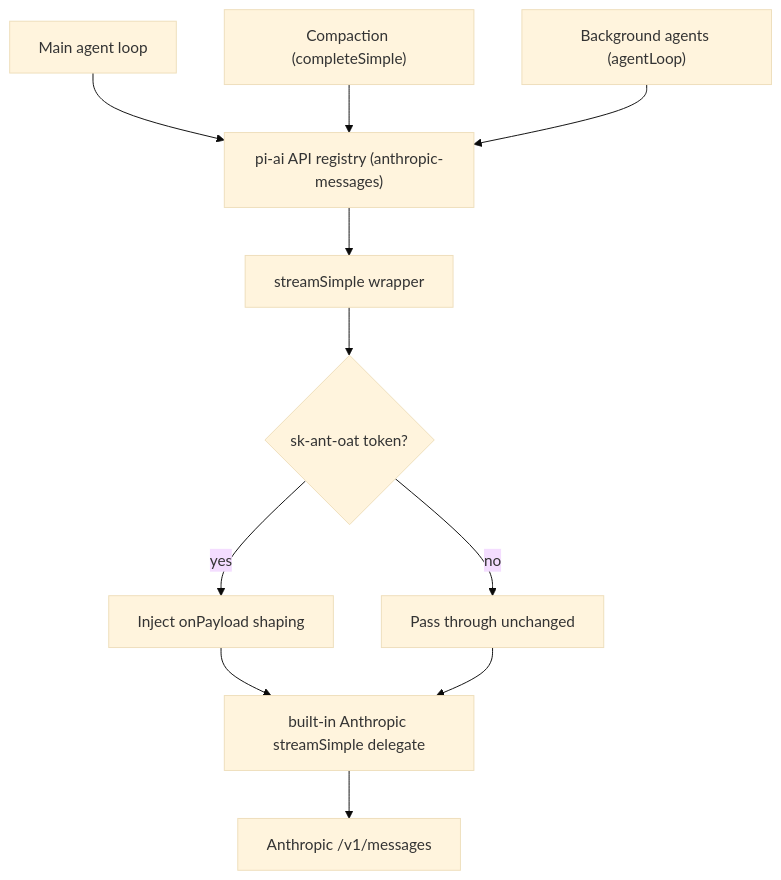
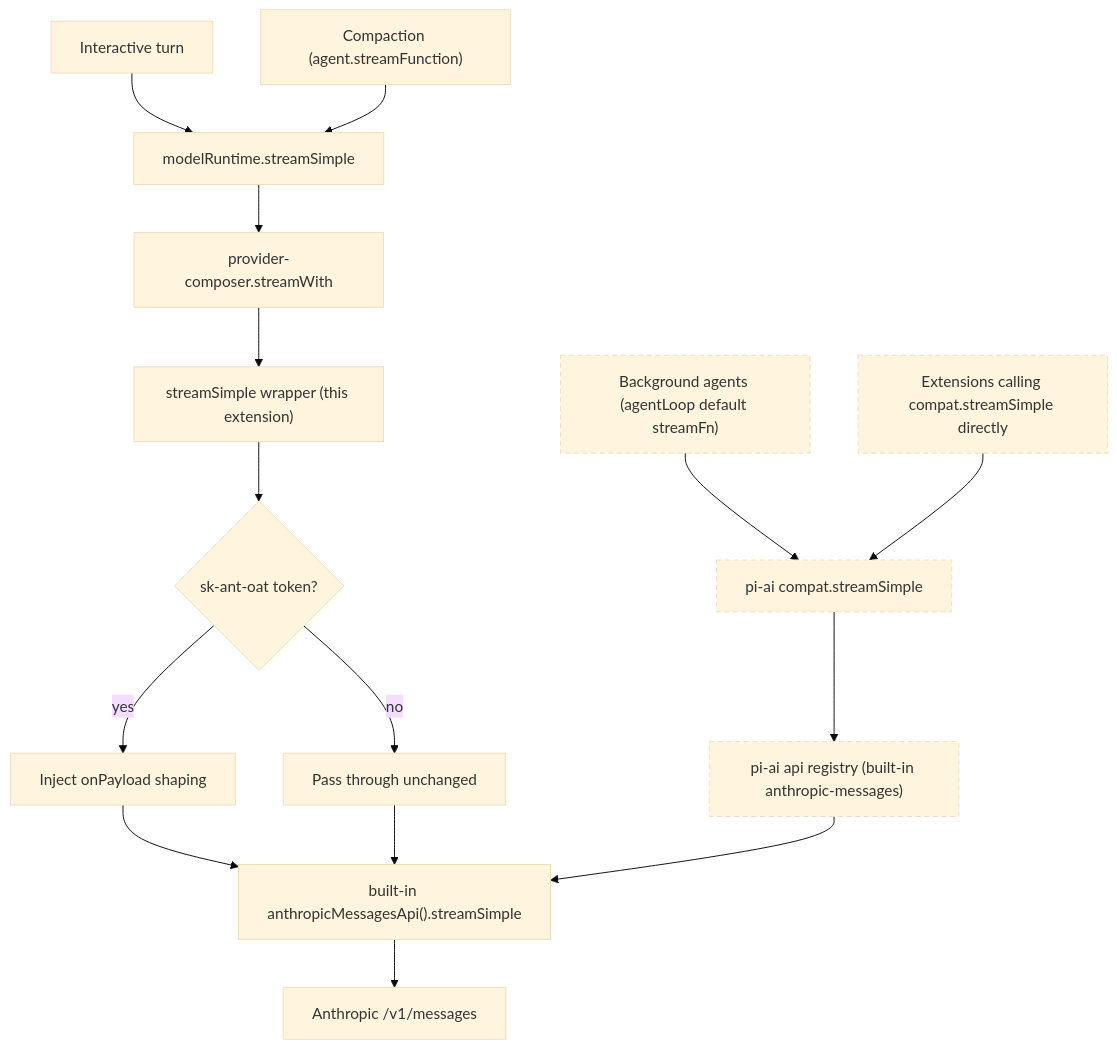
The diagram in docs/architecture.md (gotgenes/pi-anthropic-auth), drawn with Mermaid (base theme) before and after one commit. The commit also changed other lines of this file, not shown here.

First line of the commit message:
docs: correct the provider dispatch model and record the background-agent gap

````diff
--- a/docs/architecture.md
+++ b/docs/architecture.md
@@ -33,13 +45,21 @@
 ```mermaid
 flowchart TD
-    A["Main agent loop"] --> R
-    B["Compaction (completeSimple)"] --> R
-    C["Background agents (agentLoop)"] --> R
-    R["pi-ai API registry (anthropic-messages)"] --> W["streamSimple wrapper"]
+    A["Interactive turn"] --> MR["modelRuntime.streamSimple"]
+    B["Compaction (agent.streamFunction)"] --> MR
+    MR --> PC["provider-composer.streamWith"]
+    PC --> W["streamSimple wrapper (this extension)"]
     W --> D{"sk-ant-oat token?"}
     D -->|"yes"| S["Inject onPayload shaping"]
     D -->|"no"| P["Pass through unchanged"]
-    S --> G["built-in Anthropic streamSimple delegate"]
+    S --> G["built-in anthropicMessagesApi().streamSimple"]
     P --> G
     G --> AN["Anthropic /v1/messages"]
+
+    C["Background agents (agentLoop default streamFn)"] --> CD["pi-ai compat.streamSimple"]
+    X["Extensions calling compat.streamSimple directly"] --> CD
+    CD --> R["pi-ai api registry (built-in anthropic-messages)"]
+    R --> G
+
+    classDef gap stroke-dasharray: 5 4
+    class C,X,CD,R gap
 ```
````
